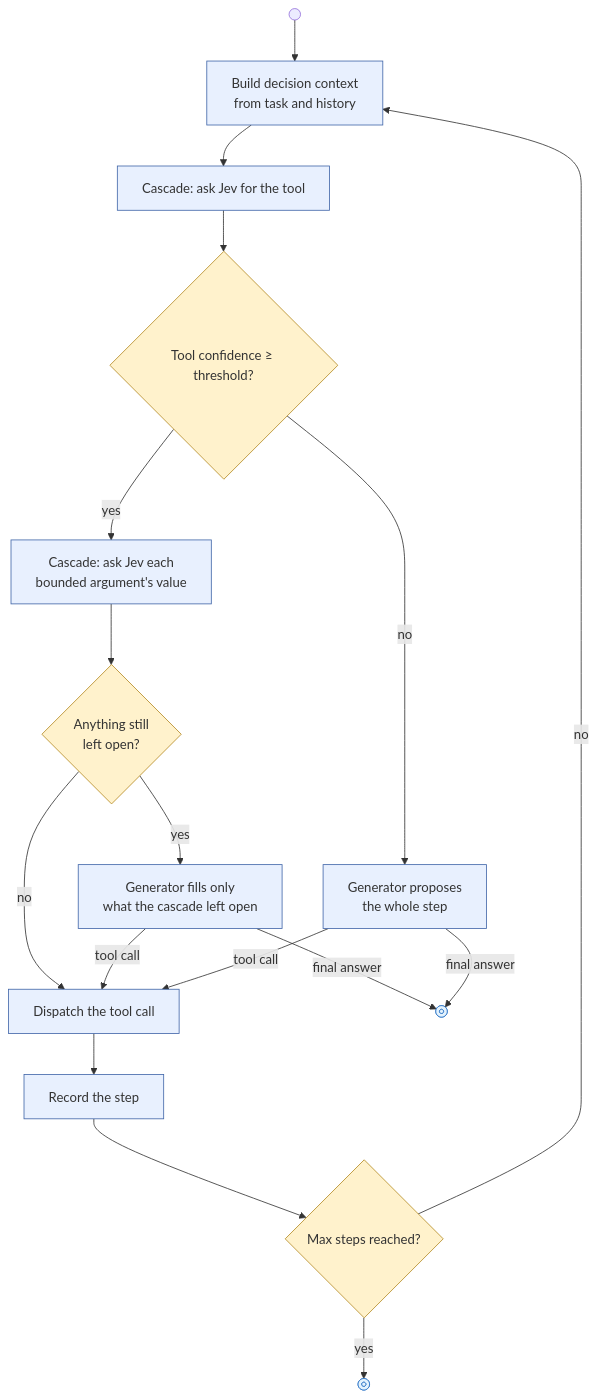
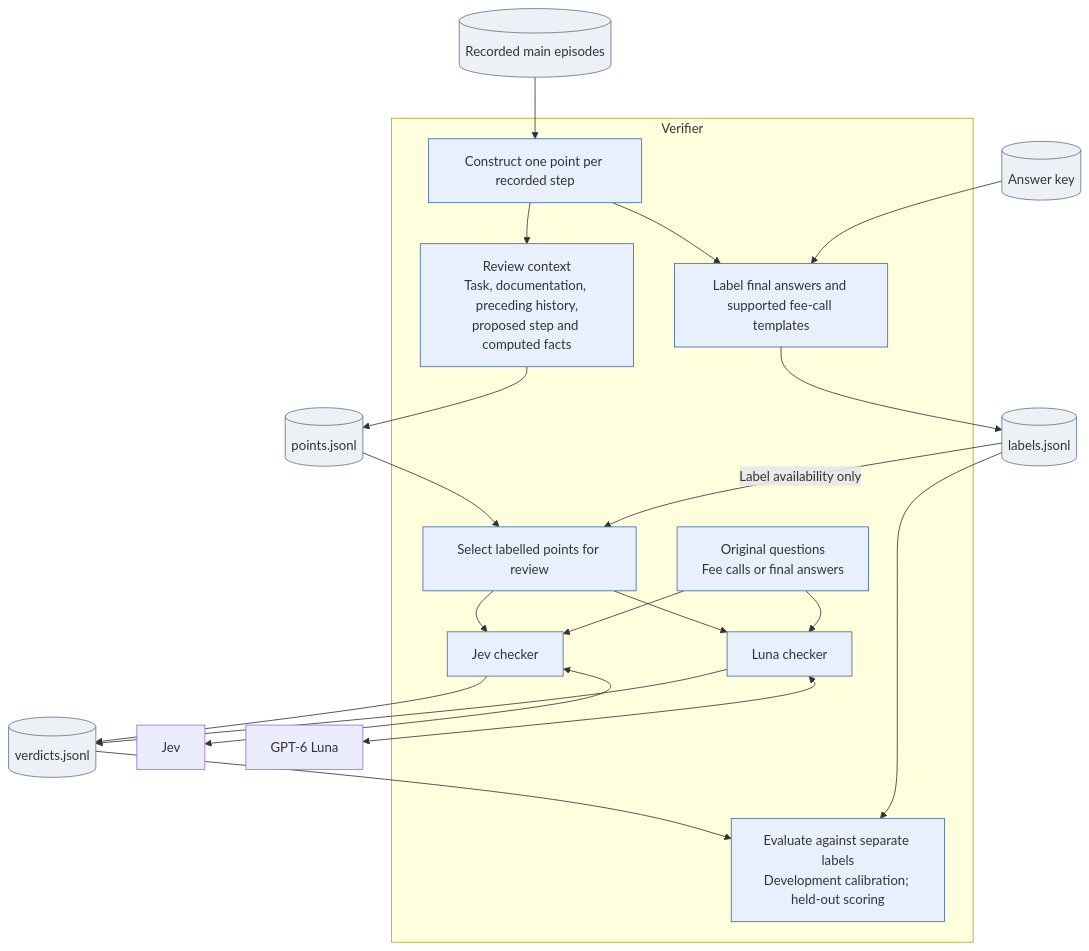
One commit to MaximeBoulat/DecisionBot changed the third of 3 diagrams in README.md. Above: the diagram before and after it, drawn with Mermaid. The commit also changed other lines of this file and 2 other files, not shown here.

````diff
--- a/README.md
+++ b/README.md
@@ -101,34 +192,44 @@
 ```mermaid
 flowchart TB
-    Start@{ shape: start }
-    BuildCtx["Build decision context<br/>from task and history"]
-    AskTool["Cascade: ask Jev for the tool"]
-    ToolGate{"Tool confidence ≥ threshold?"}
-    AskArgs["Cascade: ask Jev each<br/>bounded argument's value"]
-    NeedsGen{"Anything still<br/>left open?"}
-    CompleteStep["Generator fills only<br/>what the cascade left open"]
-    ProposeStep["Generator proposes<br/>the whole step"]
-    Dispatch["Dispatch the tool call"]
-    Observe["Record the step"]
-    MaxSteps{"Max steps reached?"}
-    Finish@{ shape: stop, label: "Episode finished<br/>answer recorded" }
-    Fail@{ shape: stop, label: "Episode failed<br/>no answer" }
-    Start --> BuildCtx --> AskTool --> ToolGate
-    ToolGate -->|"no"| ProposeStep
-    ToolGate -->|"yes"| AskArgs --> NeedsGen
-    NeedsGen -->|"yes"| CompleteStep
-    NeedsGen -->|"no"| Dispatch
-    CompleteStep -->|"tool call"| Dispatch
-    CompleteStep -->|"final answer"| Finish
-    ProposeStep -->|"tool call"| Dispatch
-    ProposeStep -->|"final answer"| Finish
-    Dispatch --> Observe --> MaxSteps
-    MaxSteps -->|"no"| BuildCtx
-    MaxSteps -->|"yes"| Fail
+    Episodes[("Recorded main episodes")]
+    Key[("Answer key")]
+    subgraph Verifier["Verifier"]
+        Build["Construct one point per recorded step"]
+        State["Review context<br/>Task, documentation, preceding history,<br/>proposed step and computed facts"]
+        Label["Label final answers and supported fee-call templates"]
+        Select["Select labelled points for review"]
+        Questions["Original questions<br/>Fee calls or final answers"]
+        DecisionAPI["Jev checker"]
+        GenAPI["Luna checker"]
+        Evaluate["Evaluate against separate labels<br/>Development calibration; held-out scoring"]
+    end
+    Jev["Jev"]
+    Luna["GPT-6 Luna"]
+    Points[("points.jsonl")]
+    Labels[("labels.jsonl")]
+    Verdicts[("verdicts.jsonl")]
+
+    Episodes --> Build
+    Build --> State
+    State --> Points
+    Build --> Label
+    Key --> Label
+    Label --> Labels
+    Points --> Select
+    Labels -->|"Label availability only"| Select
+    Select --> DecisionAPI
+    Select --> GenAPI
+    Questions --> DecisionAPI
+    Questions --> GenAPI
+    DecisionAPI <--> Jev
+    GenAPI <--> Luna
+    DecisionAPI --> Verdicts
+    GenAPI --> Verdicts
+    Verdicts --> Evaluate
+    Labels --> Evaluate
+
     classDef core fill:#e8f0fe,stroke:#4267a9
-    classDef gate fill:#fff2cc,stroke:#b58b24
-    classDef terminal fill:#E3F2FD,stroke:#1565c0
-    class BuildCtx,AskTool,AskArgs,CompleteStep,ProposeStep,Dispatch,Observe core
-    class ToolGate,NeedsGen,MaxSteps gate
-    class Finish,Fail terminal
+    classDef artifact fill:#edf0f4,stroke:#63758a
+    class Build,State,Label,Select,Questions,DecisionAPI,GenAPI,Evaluate core
+    class Episodes,Key,Points,Labels,Verdicts artifact
 ```
````
